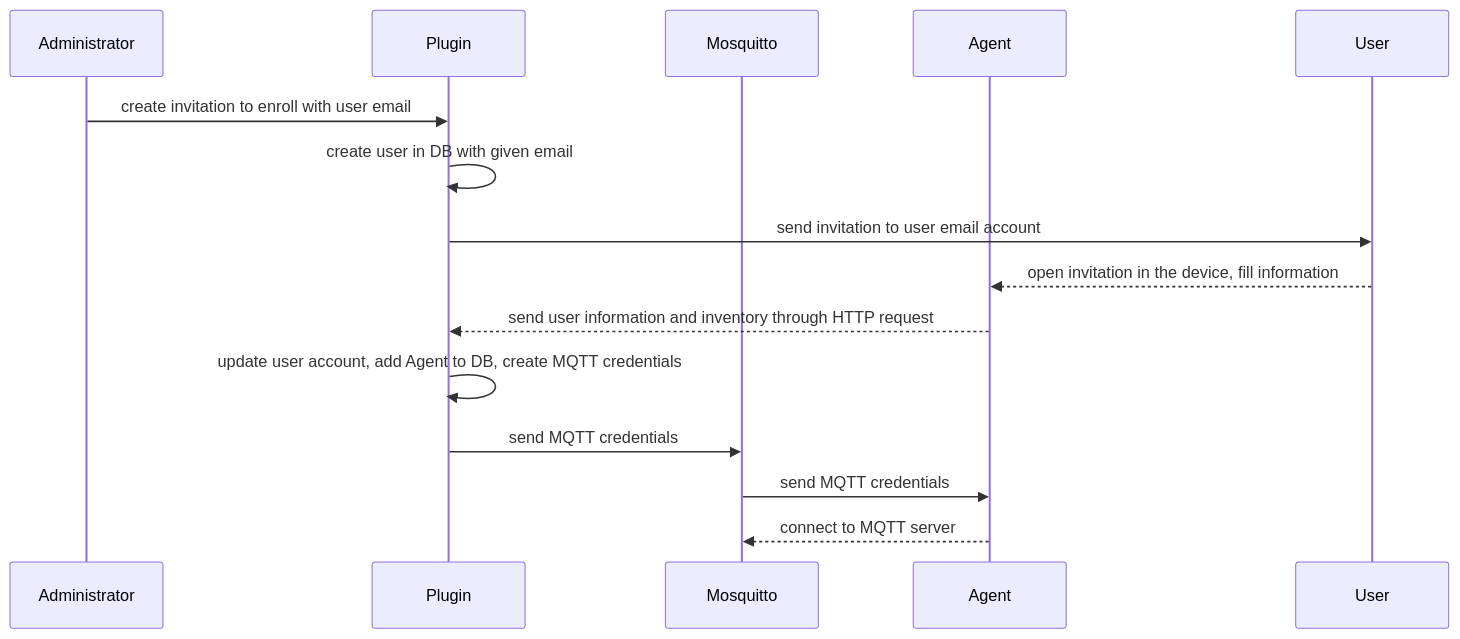
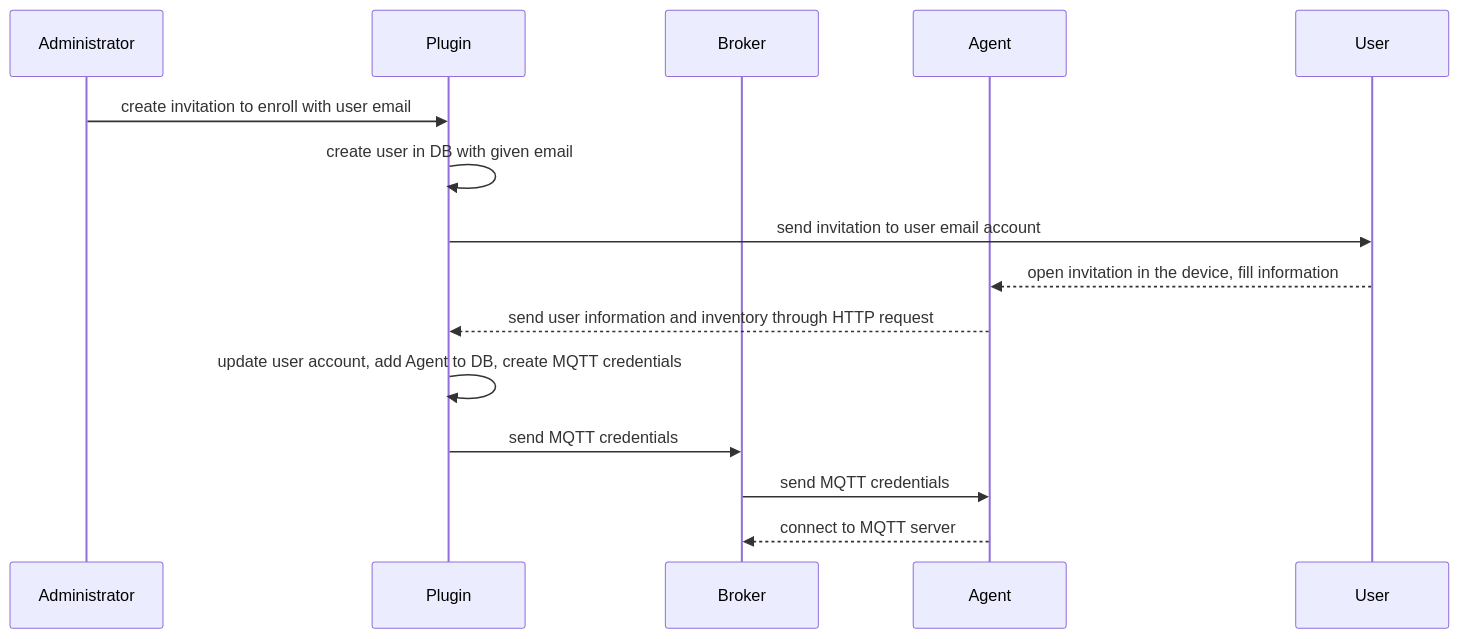
The first of 14 diagrams in source/contribute/diagrams.rst (flyve-mdm/doc), drawn with Mermaid before and after one commit. The commit also changed other lines of this file, not shown here.

First line of the commit message:
docs(uml): add fcm diagrams

```diff
--- a/source/contribute/diagrams.rst
+++ b/source/contribute/diagrams.rst
@@ -9,17 +9,17 @@
 .. mermaid::
 
    sequenceDiagram
     participant A as Administrator
     participant P as Plugin
-    participant M as Mosquitto
+    participant B as Broker
     participant Ag as Agent
     participant U as User
     A->>P: create invitation to enroll with user email
     P->>P: create user in DB with given email
     P->>U: send invitation to user email account
     U-->>Ag: open invitation in the device, fill information
     Ag-->>P: send user information and inventory through HTTP request
     P->>P: update user account, add Agent to DB, create MQTT credentials
-    P->>M: send MQTT credentials
-    M->>Ag: send MQTT credentials
-    Ag-->>M: connect to MQTT server
+    P->>B: send MQTT credentials
+    B->>Ag: send MQTT credentials
+    Ag-->>B: connect to MQTT server
```
